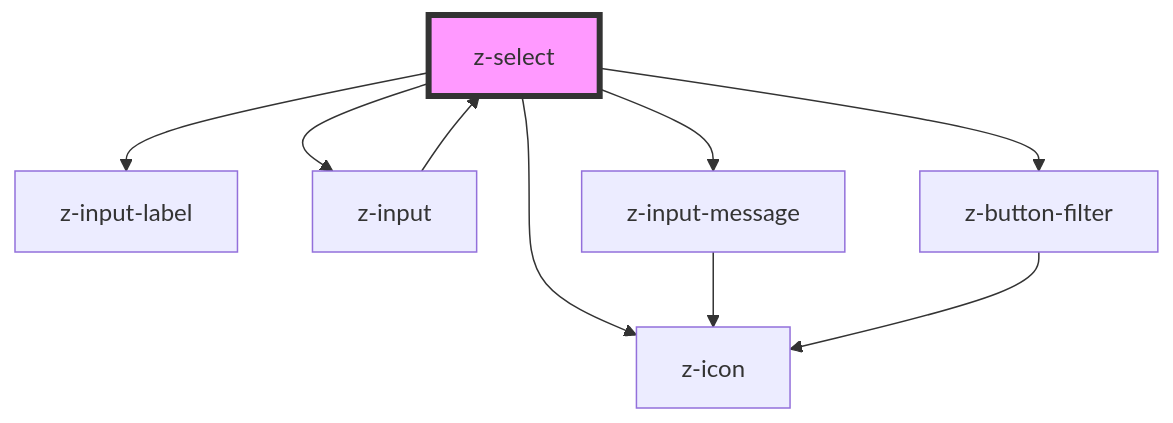
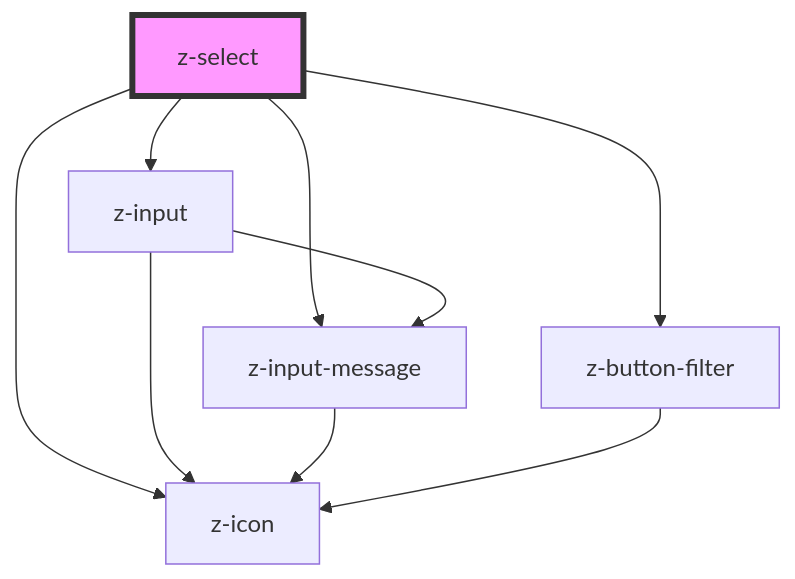
The diagram in src/components/inputs/z-select/readme.md (ZanichelliEditore/design-system), drawn with Mermaid before and after one commit. The commit also changed other lines of this file and 9 other files, not shown here.

Commit message:
refactor: removed z-input type select

````diff
--- a/src/components/inputs/z-select/readme.md
+++ b/src/components/inputs/z-select/readme.md
@@ -84,12 +79,12 @@
 ```mermaid
 graph TD;
-  z-select --> z-input-label
   z-select --> z-input
   z-select --> z-button-filter
   z-select --> z-icon
   z-select --> z-input-message
-  z-input --> z-select
+  z-input --> z-icon
+  z-input --> z-input-message
   z-input-message --> z-icon
   z-button-filter --> z-icon
   style z-select fill:#f9f,stroke:#333,stroke-width:4px
 ```
````
